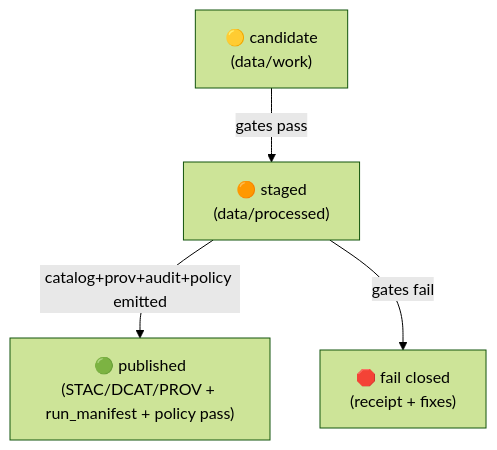
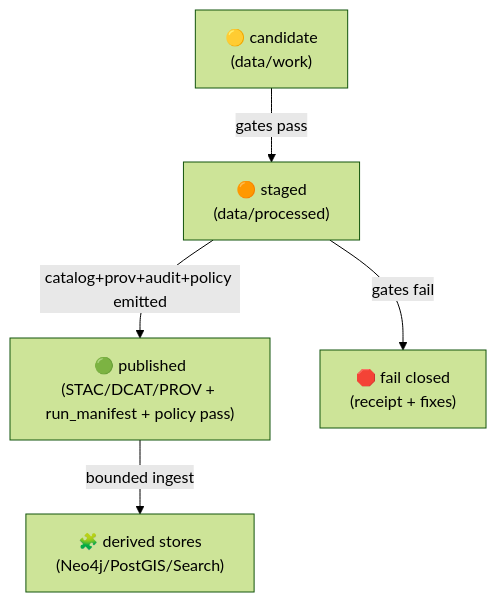
One commit to bartytime4life/Kansas-Frontier-Matrix changed the second of 4 diagrams in pipelines/README.md. Above: the diagram before and after it, drawn with Mermaid (forest theme). The commit also changed other lines of this file, not shown here.

````diff
--- a/pipelines/README.md
+++ b/pipelines/README.md
@@ -369,6 +491,7 @@
 ```mermaid
 flowchart TB
   C["🟡 candidate\n(data/work)"] -->|gates pass| S["🟠 staged\n(data/processed)"]
   S -->|catalog+prov+audit+policy emitted| P["🟢 published\n(STAC/DCAT/PROV + run_manifest + policy pass)"]
+  P -->|bounded ingest| D["🧩 derived stores\n(Neo4j/PostGIS/Search)"]
   S -->|gates fail| F["🛑 fail closed\n(receipt + fixes)"]
 ```
````
